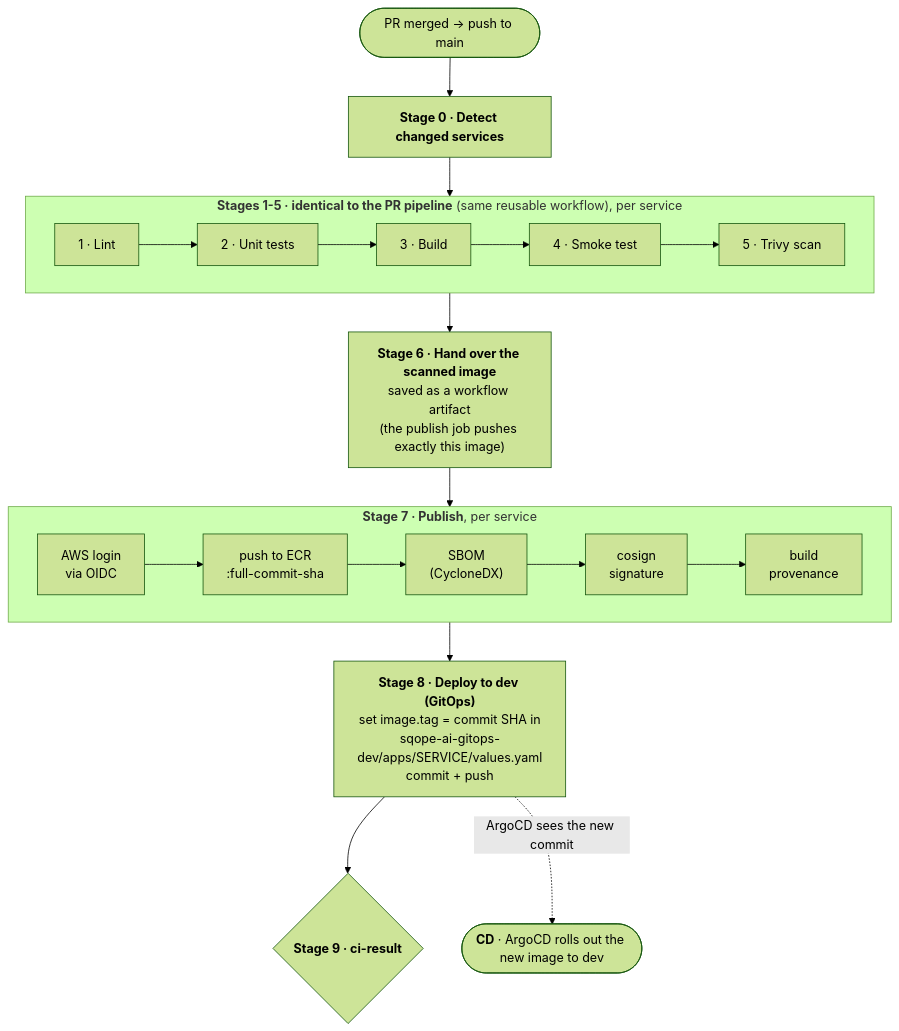
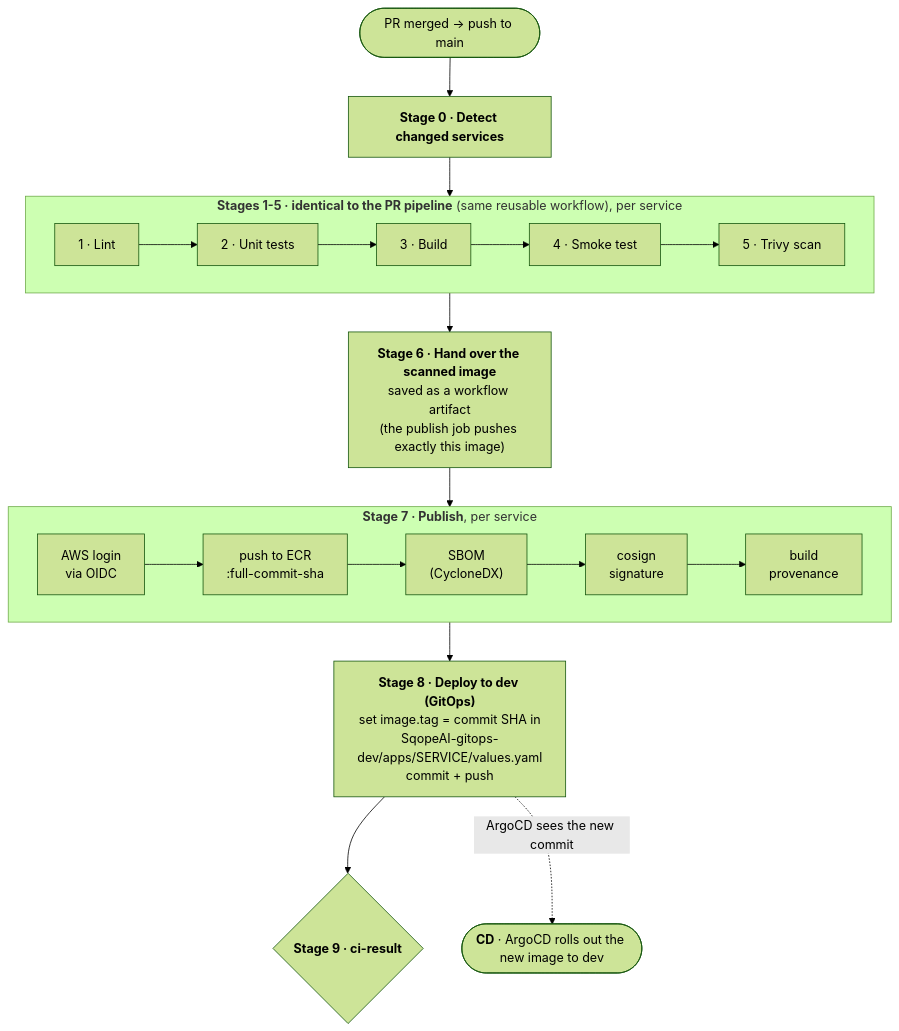
Before and after one commit to gologolo24/SqopeAI: the third of 6 diagrams in README-CICD.md, drawn with Mermaid (forest theme). The commit also changed other lines of this file and 8 other files, not shown here.

First line of the commit message:
chore: rename repos to SqopeAI-infra and SqopeAI-gitops-dev

````diff
--- a/README-CICD.md
+++ b/README-CICD.md
@@ -152,22 +152,22 @@
 ```mermaid
 flowchart TD
     A([PR merged → push to main]) --> S0["<b>Stage 0 · Detect changed services</b>"]
     S0 --> CI
 
     subgraph CI["<b>Stages 1-5 · identical to the PR pipeline</b> (same reusable workflow), per service"]
         direction LR
         L["1 · Lint"] --> T["2 · Unit tests"] --> B["3 · Build"] --> SM["4 · Smoke test"] --> SC["5 · Trivy scan"]
     end
 
     CI --> S6["<b>Stage 6 · Hand over the scanned image</b><br/>saved as a workflow artifact<br/>(the publish job pushes exactly this image)"]
     S6 --> S7
 
     subgraph S7["<b>Stage 7 · Publish</b>, per service"]
         direction LR
         O["AWS login<br/>via OIDC"] --> PU["push to ECR<br/>:full-commit-sha"] --> SB["SBOM<br/>(CycloneDX)"] --> SI["cosign<br/>signature"] --> PR["build<br/>provenance"]
     end
 
-    S7 --> S8["<b>Stage 8 · Deploy to dev (GitOps)</b><br/>set image.tag = commit SHA in<br/>sqope-ai-gitops-dev/apps/SERVICE/values.yaml<br/>commit + push"]
+    S7 --> S8["<b>Stage 8 · Deploy to dev (GitOps)</b><br/>set image.tag = commit SHA in<br/>SqopeAI-gitops-dev/apps/SERVICE/values.yaml<br/>commit + push"]
     S8 --> S9{"<b>Stage 9 · ci-result</b>"}
     S8 -.->|"ArgoCD sees the new commit"| CD(["<b>CD</b> · ArgoCD rolls out the new image to dev"])
 ```
````
